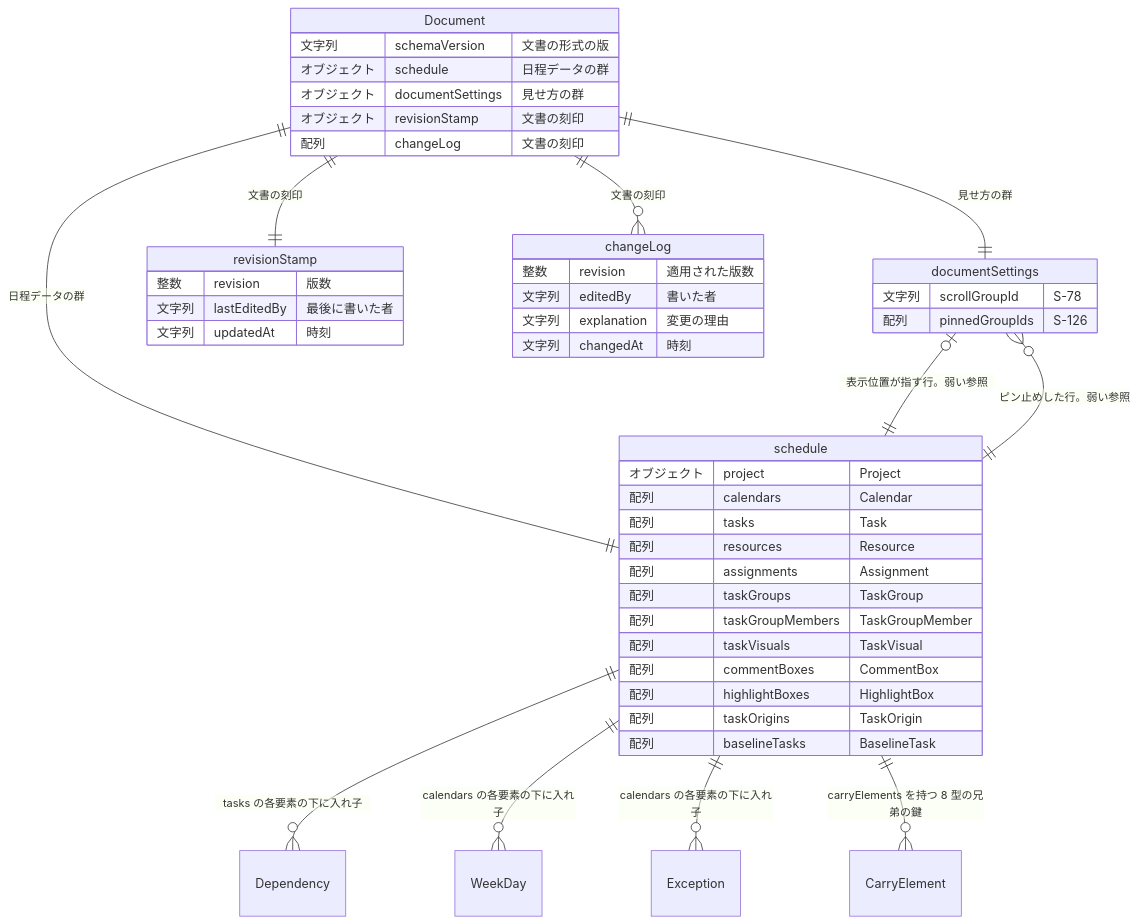
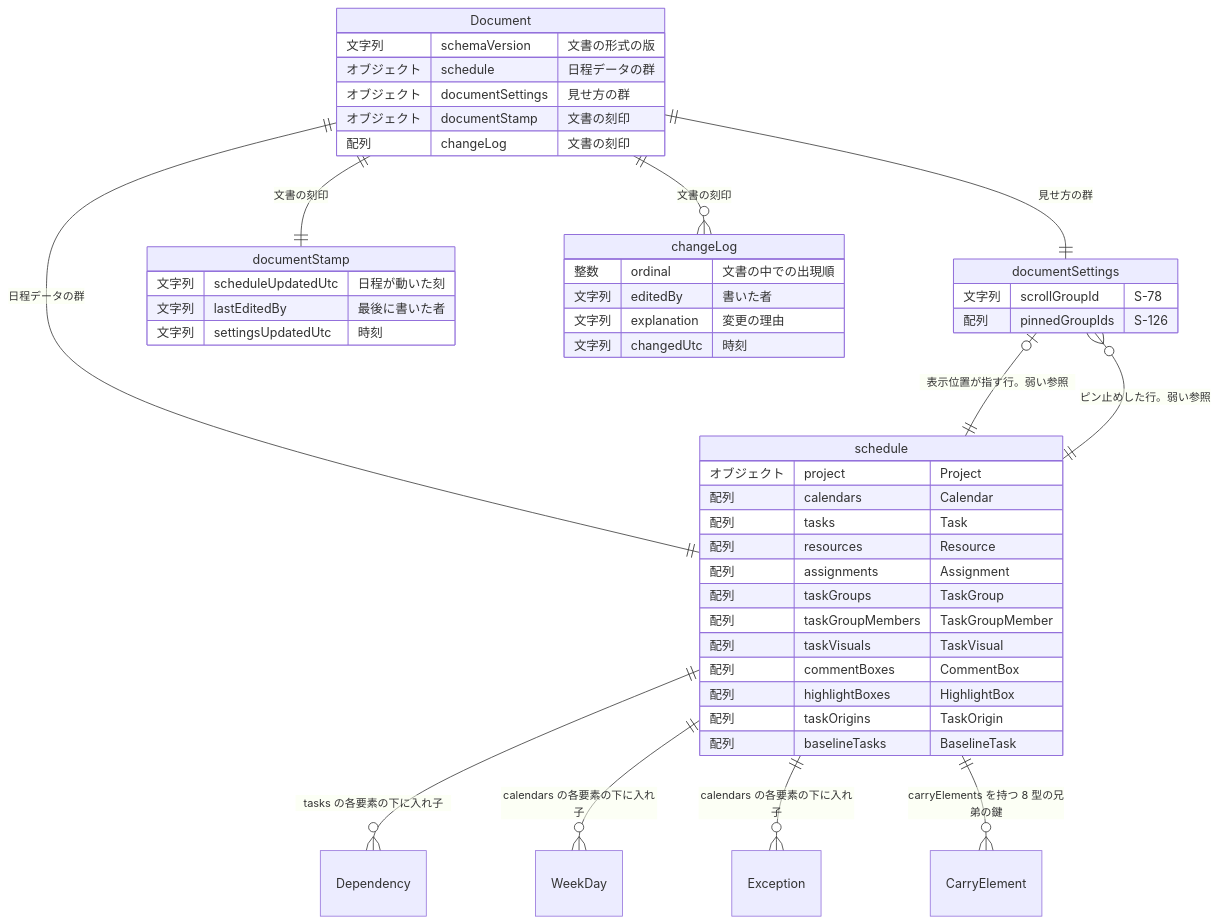
Before and after one commit to GoodRelax/gr-scheduler: the diagram in docs/spec/_assets/fig-erd-overview.md, drawn with Mermaid. The commit also changed 64 other files, not shown here.

````diff
--- a/docs/spec/_assets/fig-erd-overview.md
+++ b/docs/spec/_assets/fig-erd-overview.md
@@ -16,54 +16,54 @@
 ```mermaid
 ---
 config:
   er:
     entityPadding: 6
 ---
 erDiagram
     Document {
         文字列 schemaVersion "文書の形式の版"
         オブジェクト schedule "日程データの群"
         オブジェクト documentSettings "見せ方の群"
-        オブジェクト revisionStamp "文書の刻印"
+        オブジェクト documentStamp "文書の刻印"
         配列 changeLog "文書の刻印"
     }
     schedule {
         オブジェクト project "Project"
         配列 calendars "Calendar"
         配列 tasks "Task"
         配列 resources "Resource"
         配列 assignments "Assignment"
         配列 taskGroups "TaskGroup"
         配列 taskGroupMembers "TaskGroupMember"
         配列 taskVisuals "TaskVisual"
         配列 commentBoxes "CommentBox"
         配列 highlightBoxes "HighlightBox"
         配列 taskOrigins "TaskOrigin"
         配列 baselineTasks "BaselineTask"
     }
     documentSettings {
         文字列 scrollGroupId "S-78"
         配列 pinnedGroupIds "S-126"
     }
-    revisionStamp {
-        整数 revision "版数"
+    documentStamp {
+        文字列 scheduleUpdatedUtc "日程が動いた刻"
         文字列 lastEditedBy "最後に書いた者"
-        文字列 updatedAt "時刻"
+        文字列 settingsUpdatedUtc "時刻"
     }
     changeLog {
-        整数 revision "適用された版数"
+        整数 ordinal "文書の中での出現順"
         文字列 editedBy "書いた者"
         文字列 explanation "変更の理由"
-        文字列 changedAt "時刻"
+        文字列 changedUtc "時刻"
     }
     Document ||--|| schedule : "日程データの群"
     Document ||--|| documentSettings : "見せ方の群"
-    Document ||--|| revisionStamp : "文書の刻印"
+    Document ||--|| documentStamp : "文書の刻印"
     Document ||--o{ changeLog : "文書の刻印"
     schedule ||--o{ Dependency : "tasks の各要素の下に入れ子"
     schedule ||--o{ WeekDay : "calendars の各要素の下に入れ子"
     schedule ||--o{ Exception : "calendars の各要素の下に入れ子"
     schedule ||--o{ CarryElement : "carryElements を持つ 8 型の兄弟の鍵"
     documentSettings |o--|| schedule : "表示位置が指す行。弱い参照"
     documentSettings }o--|| schedule : "ピン止めした行。弱い参照"
 ```
````
